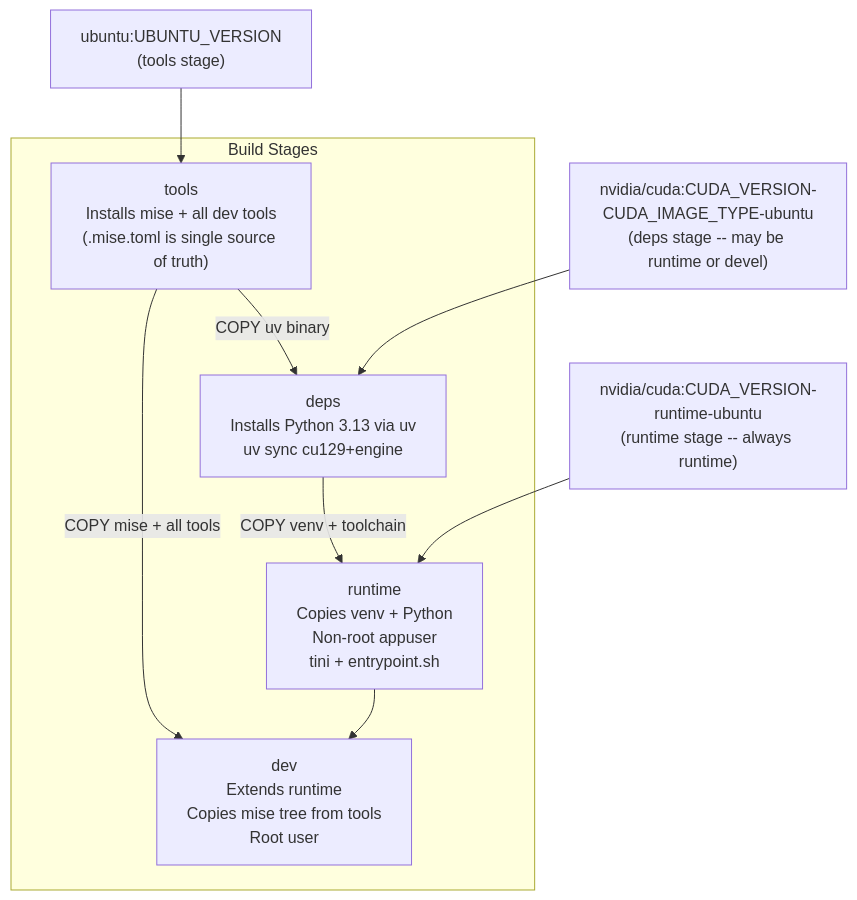
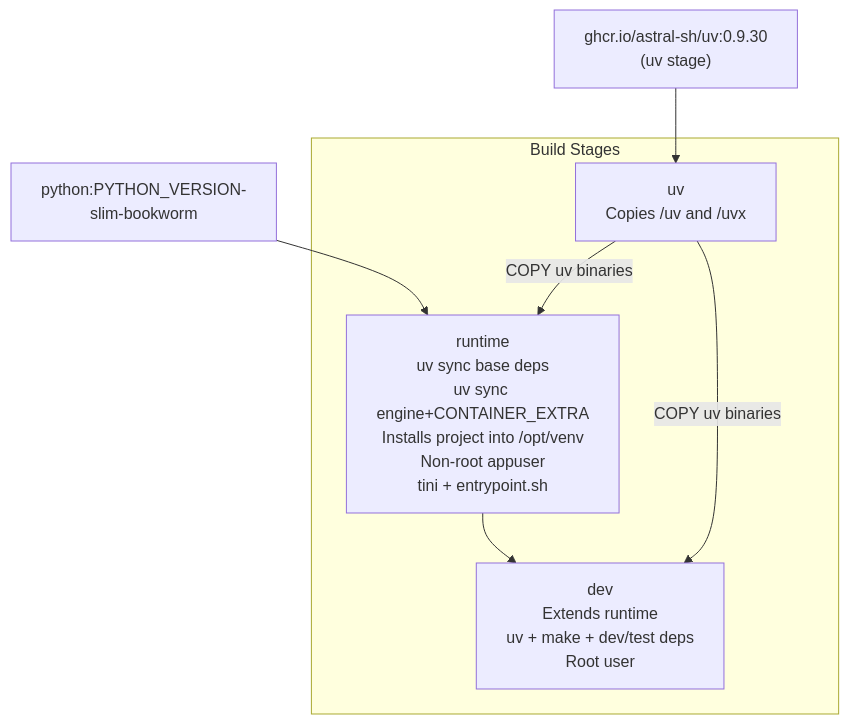
Before and after one commit to NVIDIA-NeMo/Safe-Synthesizer: the diagram in docs/developer-guide/docker.md, drawn with Mermaid. The commit also changed other lines of this file and 10 other files, not shown here.

````diff
--- a/docs/developer-guide/docker.md
+++ b/docs/developer-guide/docker.md
@@ -19,21 +21,17 @@
 ```mermaid
 flowchart TD
-    ubuntuBase["ubuntu:UBUNTU_VERSION\n(tools stage)"]
-    cudaBuild["nvidia/cuda:CUDA_VERSION-CUDA_IMAGE_TYPE-ubuntu\n(deps stage -- may be runtime or devel)"]
-    cudaRuntime["nvidia/cuda:CUDA_VERSION-runtime-ubuntu\n(runtime stage -- always runtime)"]
+    uvImage["ghcr.io/astral-sh/uv:0.9.30\n(uv stage)"]
+    pythonBase["python:PYTHON_VERSION-slim-bookworm"]
 
     subgraph stages [Build Stages]
-        tools["tools\nInstalls mise + all dev tools\n(.mise.toml is single source of truth)"]
-        deps["deps\nInstalls Python 3.13 via uv\nuv sync cu129+engine"]
-        runtime["runtime\nCopies venv + Python\nNon-root appuser\ntini + entrypoint.sh"]
-        dev["dev\nExtends runtime\nCopies mise tree from tools\nRoot user"]
+        uv["uv\nCopies /uv and /uvx"]
+        runtime["runtime\nuv sync base deps\nuv sync engine+CONTAINER_EXTRA\nInstalls project into /opt/venv\nNon-root appuser\ntini + entrypoint.sh"]
+        dev["dev\nExtends runtime\nuv + make + dev/test deps\nRoot user"]
     end
 
-    ubuntuBase --> tools
-    tools -->|"COPY uv binary"| deps
-    cudaBuild --> deps
-    deps -->|"COPY venv + toolchain"| runtime
-    cudaRuntime --> runtime
+    uvImage --> uv
+    pythonBase --> runtime
+    uv -->|"COPY uv binaries"| runtime
     runtime --> dev
-    tools -->|"COPY mise + all tools"| dev
+    uv -->|"COPY uv binaries"| dev
 ```
````
